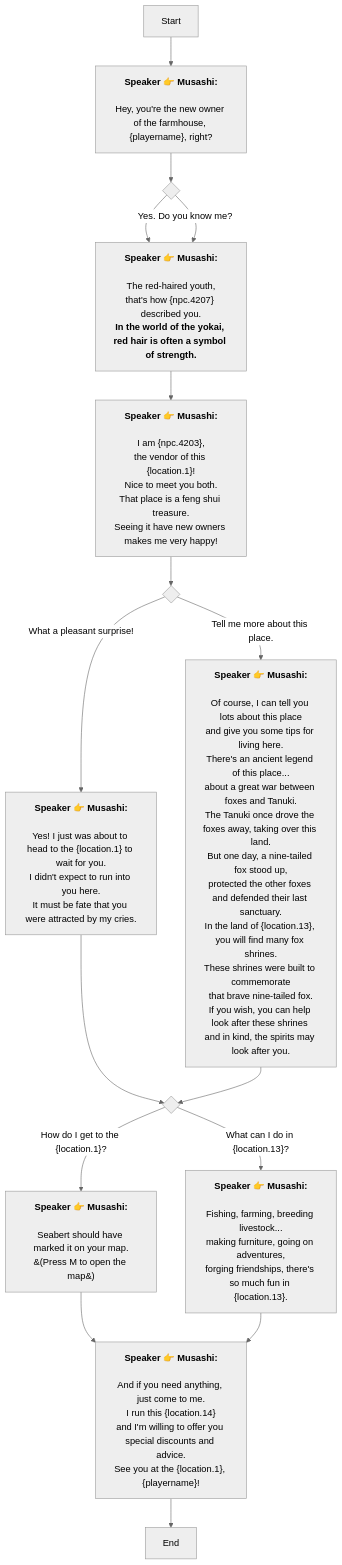
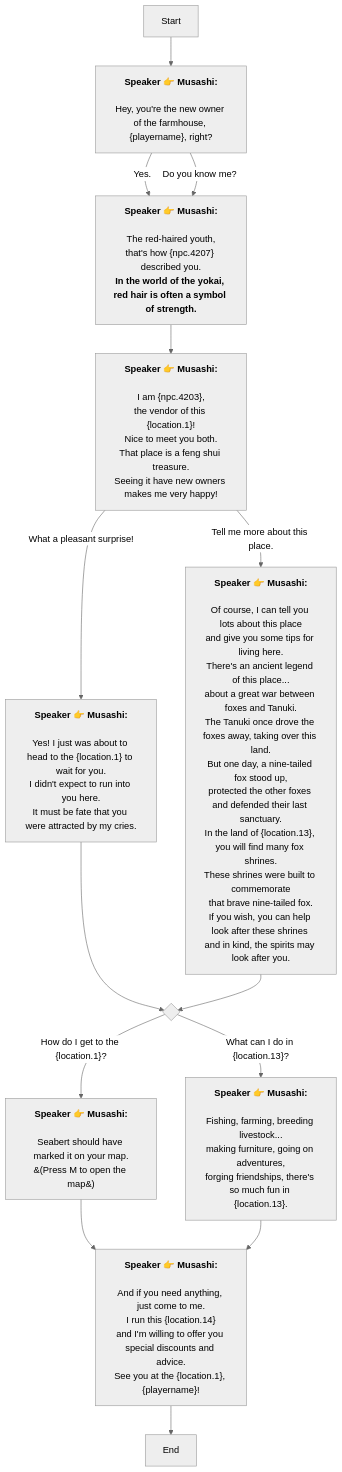
One commit to SoftHu/tos_avg changed the diagram in En/AddDialogNode_1738912268757183.md. Above: the diagram before and after it, drawn with Mermaid (neutral theme). The commit also changed 737 other files, not shown here.

````diff
--- a/En/AddDialogNode_1738912268757183.md
+++ b/En/AddDialogNode_1738912268757183.md
@@ -1,70 +1,51 @@
 ```mermaid
 graph
 Start -->1738912725988551[<b>Speaker 👉 Musashi:</b>
-
-Hey, you're the new owner of the farmhouse, &lbrace;playername&rbrace;, right?]
-1738912725988551 -->1738977695947936{ }
-1738977695947936 -->|Yes.|1738977842280613[<b>Speaker 👉 Musashi:</b>
-
-The red-haired youth,
+\nHey, you're the new owner of the farmhouse, &lbrace;playername&rbrace;, right?]
+1738912725988551 -->|Yes.|1738977842280613[<b>Speaker 👉 Musashi:</b>
+\nThe red-haired youth,
 that's how &lbrace;npc.4207&rbrace; described you.
 <b>In the world of the yokai, red hair is often a symbol of strength.</b>]
-1738977695947936 -->|Do you know me?|1738977842280613[<b>Speaker 👉 Musashi:</b>
-
-The red-haired youth,
+1738912725988551 -->|Do you know me?|1738977842280613[<b>Speaker 👉 Musashi:</b>
+\nThe red-haired youth,
 that's how &lbrace;npc.4207&rbrace; described you.
 <b>In the world of the yokai, red hair is often a symbol of strength.</b>]
 1738977842280613 -->1740664161411315[<b>Speaker 👉 Musashi:</b>
-
-I am &lbrace;npc.4203&rbrace;,
+\nI am &lbrace;npc.4203&rbrace;,
 the vendor of this &lbrace;location.1&rbrace;!
-Nice to meet you both.
-That place is a feng shui treasure.
+Nice to meet you both.\nThat place is a feng shui treasure.
 Seeing it have new owners makes me very happy!]
-1740664161411315 -->1738978209587366{ }
-1738978209587366 -->|What a pleasant surprise!|1738978238674091[<b>Speaker 👉 Musashi:</b>
-
-Yes! I just was about to head to the &lbrace;location.1&rbrace; to wait for you.
+434744559668522 -->|How do I get to the &lbrace;location.1&rbrace;?|1738979190730931[<b>Speaker 👉 Musashi:</b>
+\nSeabert should have marked it on your map.
+&#40;Press M to open the map&#41;]
+434744559668522 -->|What can I do in &lbrace;location.13&rbrace;?|1738979238631604[<b>Speaker 👉 Musashi:</b>
+\nFishing, farming, breeding livestock...
+making furniture, going on adventures,
+forging friendships, there's so much fun in &lbrace;location.13&rbrace;.]
+1740664161411315 -->|What a pleasant surprise!|1738978238674091[<b>Speaker 👉 Musashi:</b>
+\nYes! I just was about to head to the &lbrace;location.1&rbrace; to wait for you.
 I didn't expect to run into you here.
 It must be fate that you were attracted by my cries.]
-1738978209587366 -->|Tell me more about this place.|1738978401349804[<b>Speaker 👉 Musashi:</b>
-
-Of course, I can tell you lots about this place
-and give you some tips for living here.
-There's an ancient legend of this place...
+1740664161411315 -->|Tell me more about this place.|1738978401349804[<b>Speaker 👉 Musashi:</b>
+\nOf course, I can tell you lots about this place
+and give you some tips for living here.\nThere's an ancient legend of this place...
 about a great war between foxes and Tanuki.
-The Tanuki once drove the foxes away, taking over this land.
-But one day, a nine-tailed fox stood up,
+The Tanuki once drove the foxes away, taking over this land.\nBut one day, a nine-tailed fox stood up,
 protected the other foxes and defended their last 
-sanctuary.
-In the land of &lbrace;location.13&rbrace;, you will find many fox shrines.
+sanctuary.\nIn the land of &lbrace;location.13&rbrace;, you will find many fox shrines.
 These shrines were built to commemorate
-that brave nine-tailed fox.
-If you wish, you can help look after these shrines 
+that brave nine-tailed fox.\nIf you wish, you can help look after these shrines 
 and in kind, the spirits may look after you.]
-1738978238674091 -->1738978802778285{ }
-1738978802778285 -->|How do I get to the &lbrace;location.1&rbrace;?|1738979190730931[<b>Speaker 👉 Musashi:</b>
-
-Seabert should have marked it on your map.
-&#40;Press M to open the map&#41;]
-1738978802778285 -->|What can I do in &lbrace;location.13&rbrace;?|1738979238631604[<b>Speaker 👉 Musashi:</b>
-
-Fishing, farming, breeding livestock...
-making furniture, going on adventures,
-forging friendships, there's so much fun in &lbrace;location.13&rbrace;.]
+1738978238674091 -->434744559668522{ }
 1738979190730931 -->1738979147702450[<b>Speaker 👉 Musashi:</b>
-
-And if you need anything, just come to me.
+\nAnd if you need anything, just come to me.
 I run this &lbrace;location.14&rbrace;
-and I'm willing to offer you special discounts and advice.
-See you at the &lbrace;location.1&rbrace;, &lbrace;playername&rbrace;!]
+and I'm willing to offer you special discounts and advice.\nSee you at the &lbrace;location.1&rbrace;, &lbrace;playername&rbrace;!]
 1738979147702450 -->1738912730366152[End]
 1738979238631604 -->1738979147702450[<b>Speaker 👉 Musashi:</b>
+\nAnd if you need anything, just come to me.
+I run this &lbrace;location.14&rbrace;
+and I'm willing to offer you special discounts and advice.\nSee you at the &lbrace;location.1&rbrace;, &lbrace;playername&rbrace;!]
+1738978401349804 -->434744559668522{ }
 
-And if you need anything, just come to me.
-I run this &lbrace;location.14&rbrace;
-and I'm willing to offer you special discounts and advice.
-See you at the &lbrace;location.1&rbrace;, &lbrace;playername&rbrace;!]
-1738978401349804 -->1738978802778285{ }
-
- ```
+```
````
